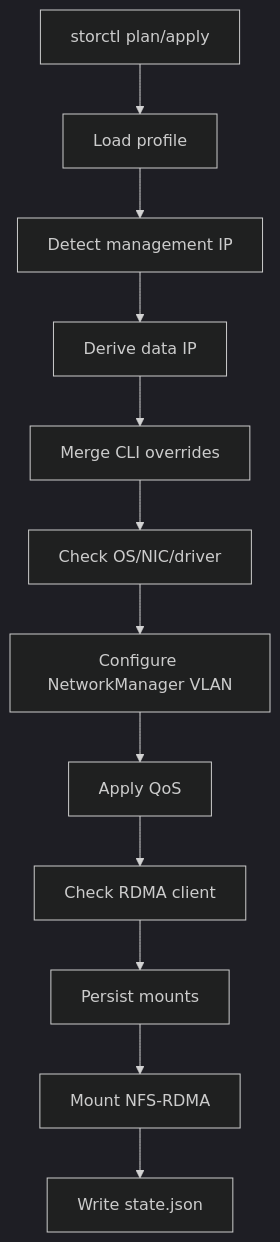
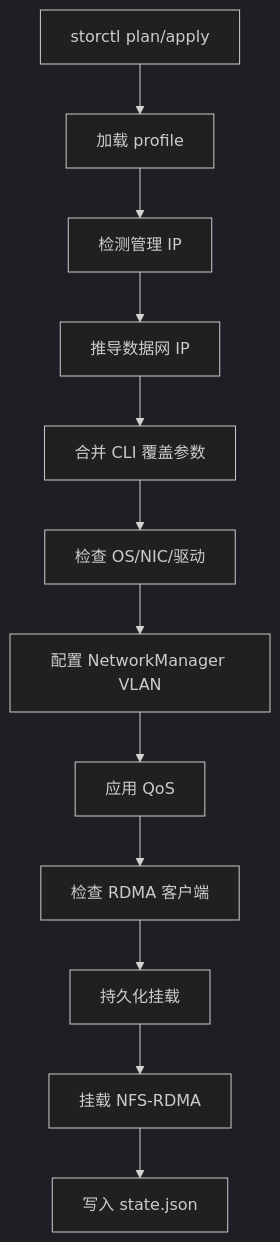
Before and after one commit to vbhsjd/storctl: the diagram in README.md, drawn with Mermaid (dark theme). The commit also changed other lines of this file and 2 other files, not shown here.

````diff
--- a/README.md
+++ b/README.md
@@ -44,14 +41,14 @@
 ```mermaid
 flowchart TD
-  A["storctl plan/apply"] --> B["Load profile"]
-  B --> C["Detect management IP"]
-  C --> D["Derive data IP"]
-  D --> E["Merge CLI overrides"]
-  E --> F["Check OS/NIC/driver"]
-  F --> G["Configure NetworkManager VLAN"]
-  G --> H["Apply QoS"]
-  H --> I["Check RDMA client"]
-  I --> J["Persist mounts"]
-  J --> K["Mount NFS-RDMA"]
-  K --> L["Write state.json"]
+  A["storctl plan/apply"] --> B["加载 profile"]
+  B --> C["检测管理 IP"]
+  C --> D["推导数据网 IP"]
+  D --> E["合并 CLI 覆盖参数"]
+  E --> F["检查 OS/NIC/驱动"]
+  F --> G["配置 NetworkManager VLAN"]
+  G --> H["应用 QoS"]
+  H --> I["检查 RDMA 客户端"]
+  I --> J["持久化挂载"]
+  J --> K["挂载 NFS-RDMA"]
+  K --> L["写入 state.json"]
 ```
````
